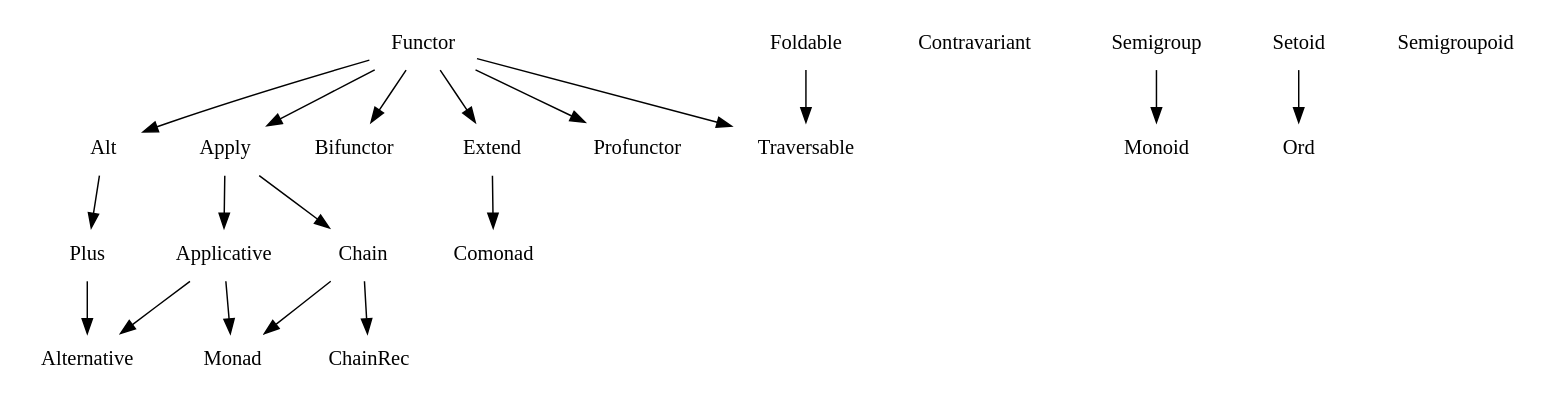
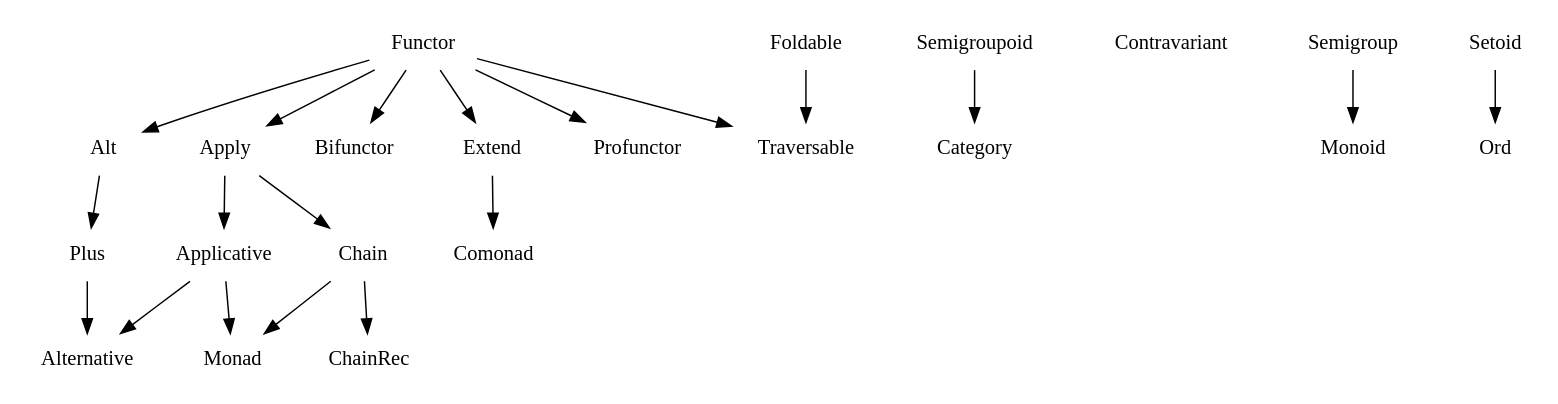
Before and after one commit to fantasyland/fantasy-land: the diagram in figures/dependencies.dot, drawn with Graphviz. The commit also changed 6 other files, not shown here.

```diff
--- a/figures/dependencies.dot
+++ b/figures/dependencies.dot
@@ -1,46 +1,48 @@
 digraph {
   node [shape=plaintext]
 
   # Algebras
   Alt;
   Alternative;
   Applicative;
   Apply;
   Bifunctor;
+  Category;
   Chain;
   ChainRec;
   Comonad;
   Extend;
   Foldable;
   Functor;
   Contravariant;
   Monad;
   Monoid;
   Ord;
   Plus;
   Profunctor;
   Semigroup;
   Semigroupoid;
   Setoid;
   Traversable;
 
   # Dependencies
   Alt -> Plus;
   Applicative -> Alternative;
   Applicative -> Monad;
   Apply -> Applicative;
   Apply -> Chain;
   Chain -> ChainRec;
   Chain -> Monad;
   Extend -> Comonad;
   Foldable -> Traversable;
   Functor -> Alt;
   Functor -> Apply;
   Functor -> Bifunctor;
   Functor -> Extend;
   Functor -> Profunctor;
   Functor -> Traversable;
   Plus -> Alternative;
   Semigroup -> Monoid;
+  Semigroupoid -> Category;
   Setoid -> Ord;
 }
```
